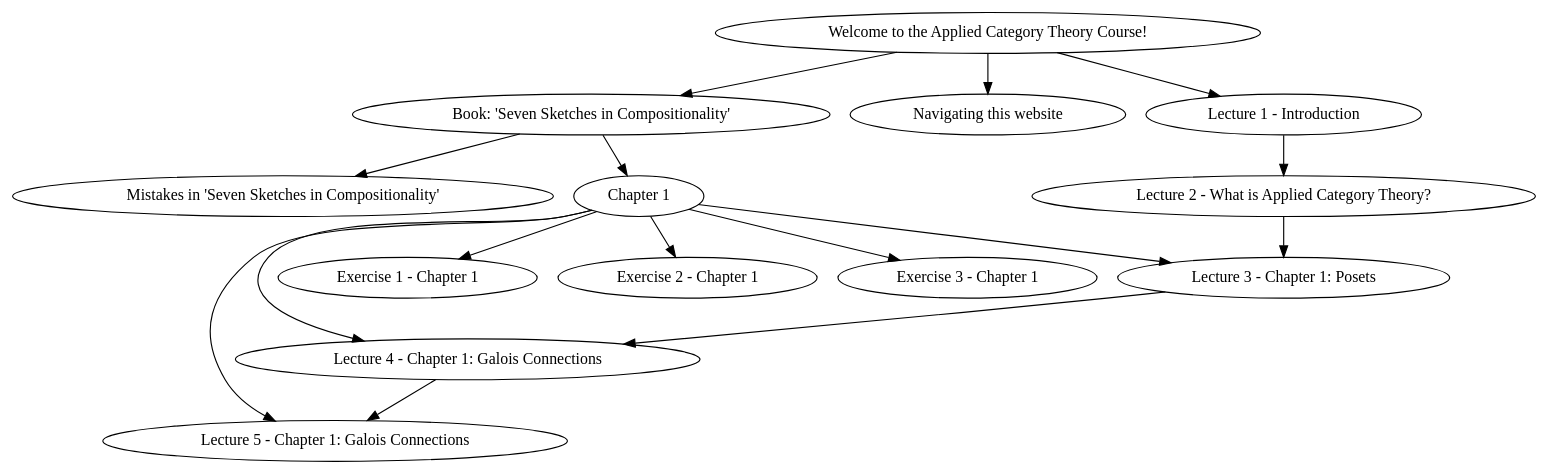
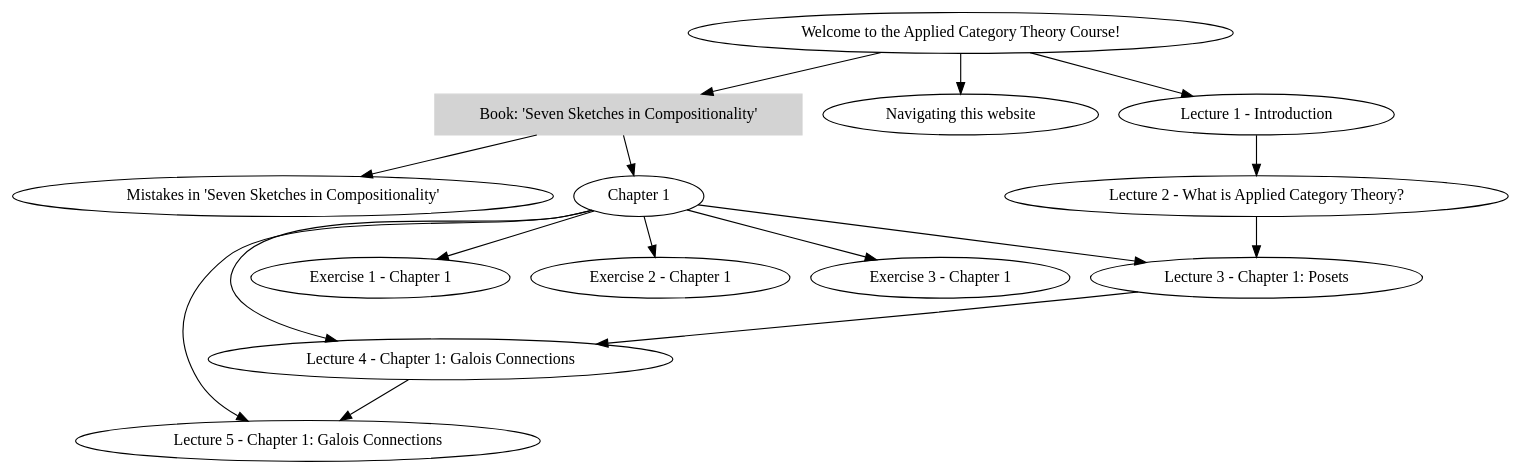
Before and after one commit to sfinnie/CategoryTheoryCourseNotes: the diagram in courseStructure/courseStructure.dot, drawn with Graphviz. The commit also changed 1 other file, not shown here.

Commit message:
show book as an external resource

```diff
--- a/courseStructure/courseStructure.dot
+++ b/courseStructure/courseStructure.dot
@@ -1,17 +1,19 @@
 digraph G {
 	"Welcome to the Applied Category Theory Course!" -> "Book: 'Seven Sketches in Compositionality'"
 	"Welcome to the Applied Category Theory Course!" -> "Navigating this website"
 	"Book: 'Seven Sketches in Compositionality'" -> "Mistakes in 'Seven Sketches in Compositionality'"
 	"Book: 'Seven Sketches in Compositionality'" -> "Chapter 1"
 	"Welcome to the Applied Category Theory Course!" -> "Lecture 1 - Introduction"
 	"Lecture 1 - Introduction" -> "Lecture 2 - What is Applied Category Theory?"
 	"Lecture 2 - What is Applied Category Theory?" -> "Lecture 3 - Chapter 1: Posets"
 	"Chapter 1" -> "Lecture 3 - Chapter 1: Posets"
 	"Lecture 3 - Chapter 1: Posets" -> "Lecture 4 - Chapter 1: Galois Connections"
 	"Chapter 1" ->"Lecture 4 - Chapter 1: Galois Connections" 
 	"Lecture 4 - Chapter 1: Galois Connections" -> "Lecture 5 - Chapter 1: Galois Connections"
 	"Chapter 1" -> "Lecture 5 - Chapter 1: Galois Connections"
 	"Chapter 1" -> "Exercise 1 - Chapter 1"
 	"Chapter 1" -> "Exercise 2 - Chapter 1"
 	"Chapter 1" -> "Exercise 3 - Chapter 1"
+
+	"Book: 'Seven Sketches in Compositionality'" [shape=box,style=filled,color=lightgrey]
 }
```
